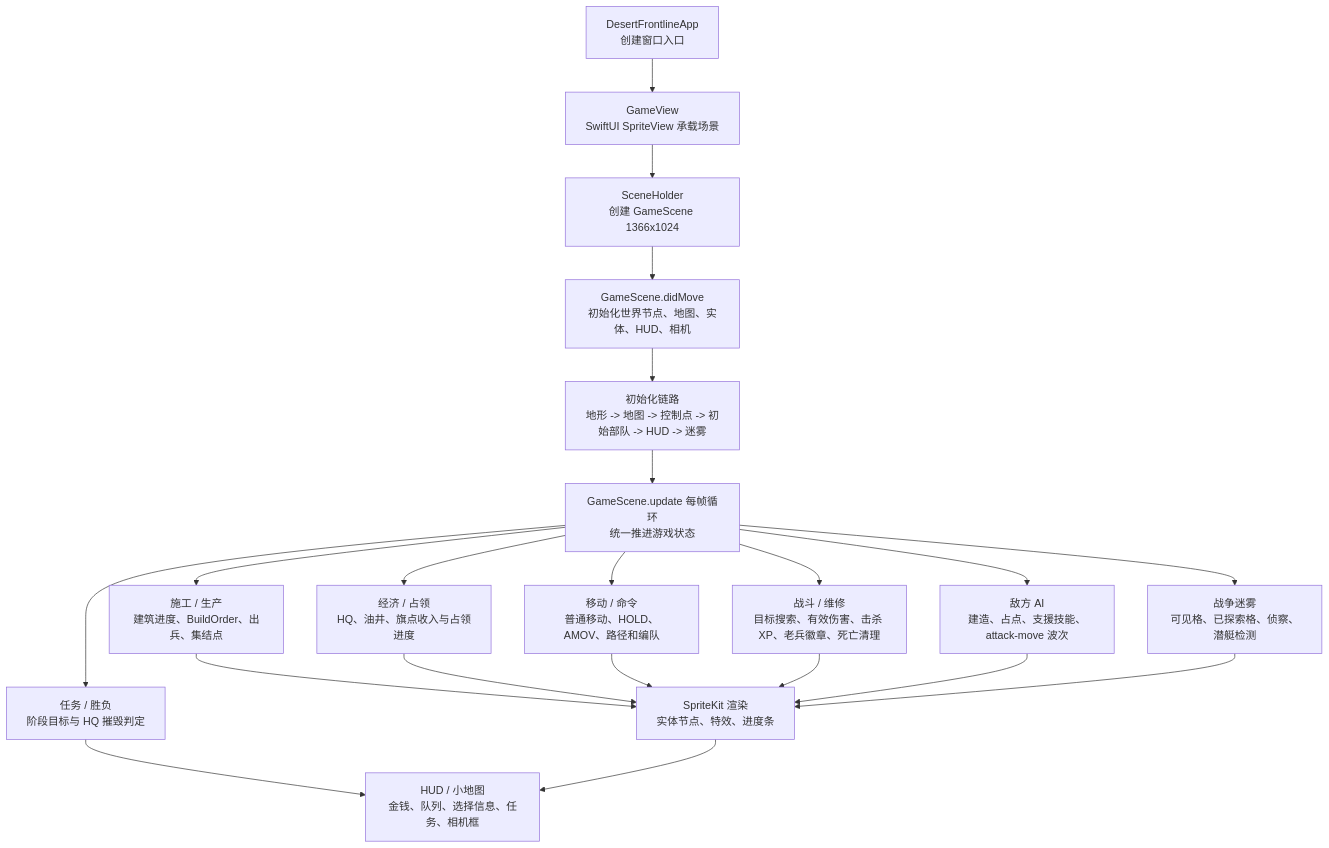
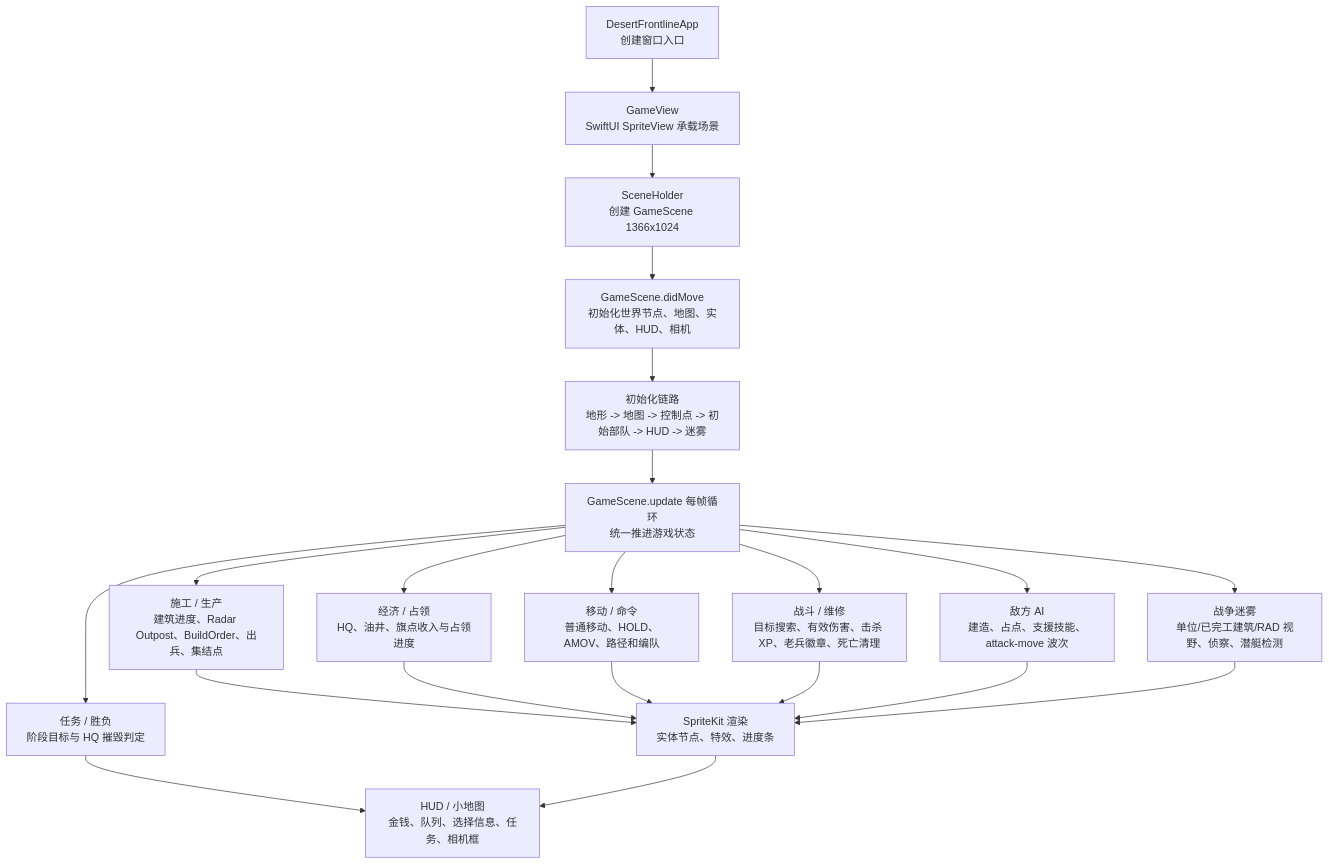
The first of 3 diagrams in md/flow/flowchart.md (Altman-sam114/1145), drawn with Mermaid before and after one commit. The commit also changed other lines of this file and 4 other files, not shown here.

````diff
--- a/md/flow/flowchart.md
+++ b/md/flow/flowchart.md
@@ -9,23 +9,23 @@
 ```mermaid
 flowchart TD
   App["DesertFrontlineApp\n创建窗口入口"] --> View["GameView\nSwiftUI SpriteView 承载场景"]
   View --> Holder["SceneHolder\n创建 GameScene 1366x1024"]
   Holder --> Scene["GameScene.didMove\n初始化世界节点、地图、实体、HUD、相机"]
   Scene --> Init["初始化链路\n地形 -> 地图 -> 控制点 -> 初始部队 -> HUD -> 迷雾"]
   Init --> Loop["GameScene.update 每帧循环\n统一推进游戏状态"]
-  Loop --> Build["施工 / 生产\n建筑进度、BuildOrder、出兵、集结点"]
+  Loop --> Build["施工 / 生产\n建筑进度、Radar Outpost、BuildOrder、出兵、集结点"]
   Loop --> Economy["经济 / 占领\nHQ、油井、旗点收入与占领进度"]
   Loop --> Commands["移动 / 命令\n普通移动、HOLD、AMOV、路径和编队"]
   Loop --> Combat["战斗 / 维修\n目标搜索、有效伤害、击杀 XP、老兵徽章、死亡清理"]
   Loop --> AI["敌方 AI\n建造、占点、支援技能、attack-move 波次"]
-  Loop --> Fog["战争迷雾\n可见格、已探索格、侦察、潜艇检测"]
+  Loop --> Fog["战争迷雾\n单位/已完工建筑/RAD 视野、侦察、潜艇检测"]
   Loop --> Mission["任务 / 胜负\n阶段目标与 HQ 摧毁判定"]
   Build --> Render["SpriteKit 渲染\n实体节点、特效、进度条"]
   Economy --> Render
   Commands --> Render
   Combat --> Render
   AI --> Render
   Fog --> Render
   Mission --> HUD["HUD / 小地图\n金钱、队列、选择信息、任务、相机框"]
   Render --> HUD
 ```
````
